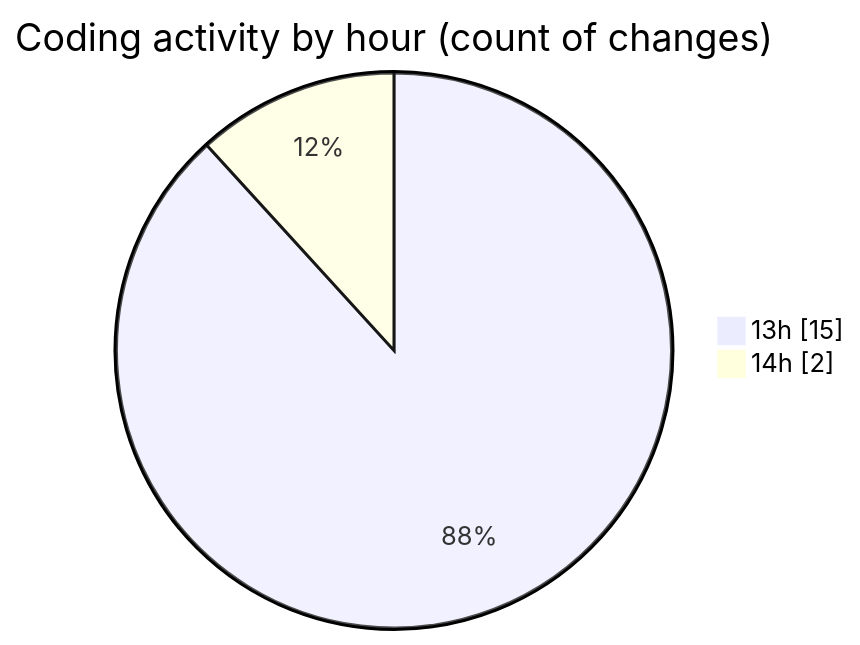
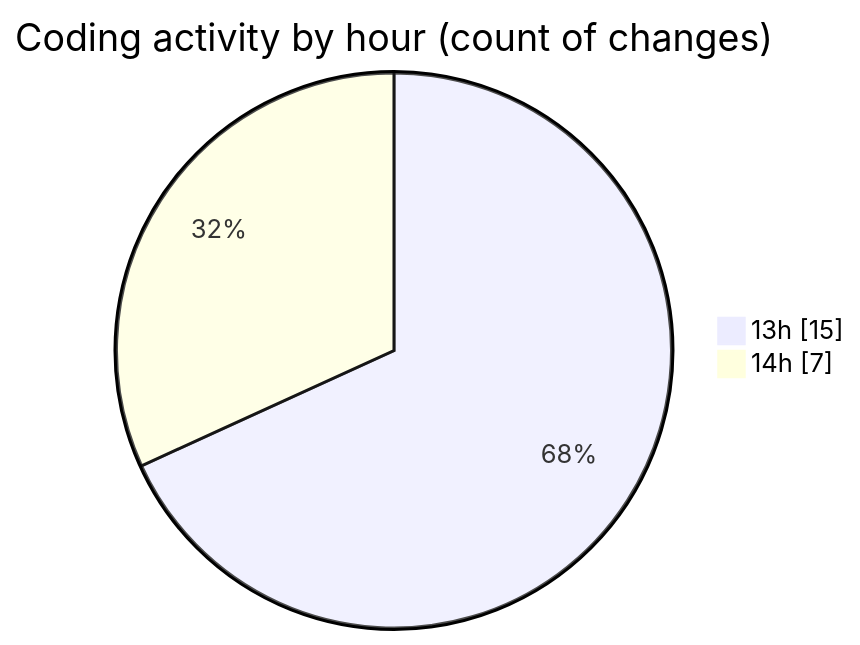
The second of 2 diagrams in 2025-05-15/bookingpodcas/README.md (idhammustaqopulfikri/code-tracking), drawn with Mermaid before and after one commit. The commit also changed other lines of this file and 1 other file, not shown here.

````diff
--- a/2025-05-15/bookingpodcas/README.md
+++ b/2025-05-15/bookingpodcas/README.md
@@ -35,6 +36,6 @@
 ```mermaid
 pie showData
 title Coding activity by hour (count of changes)
 "13h" : 15
-"14h" : 2
+"14h" : 7
 ```
````
